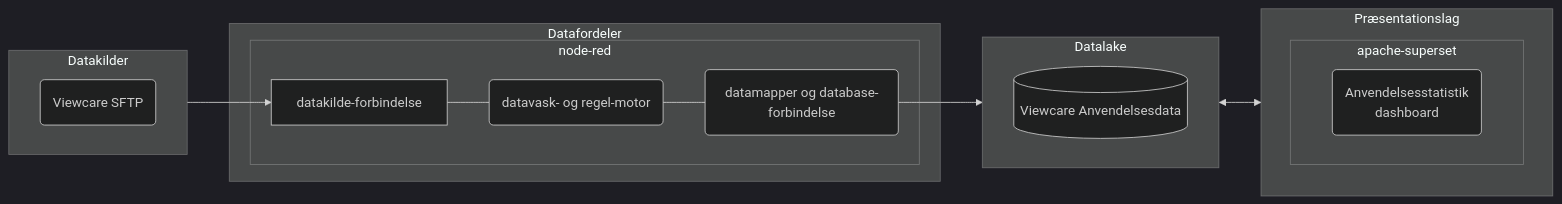
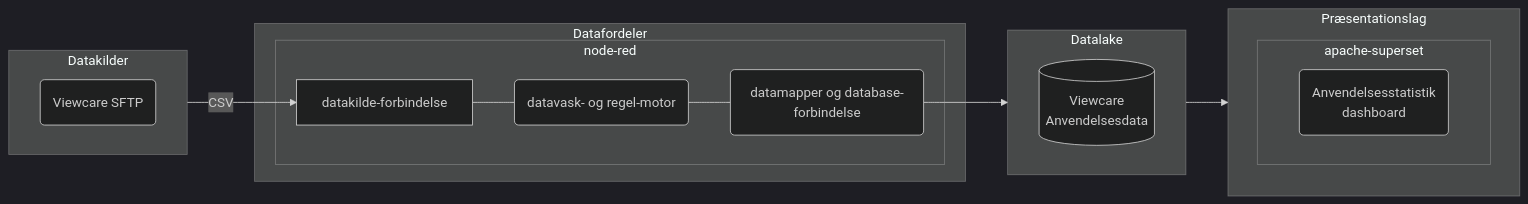
Before and after one commit to Randers-Kommune-Digitalisering/vis-statistik-virtuel-hjemmesygepleje: the diagram in README.md, drawn with Mermaid (dark theme).

````diff
--- a/README.md
+++ b/README.md
@@ -3,33 +3,33 @@
 ```mermaid
 
 flowchart LR
 
 subgraph Datakilder
         direction LR
         VCSFTP(Viewcare SFTP)
  end
 
 subgraph Datafordeler
         subgraph node-red
                 datakilde-forbindelse---
                 RM(datavask- og regel-motor)---
                 DM(datamapper og database-forbindelse)
         end
 end
 
 subgraph Datalake
 direction LR
-DB1[(Viewcare Anvendelsesdata)]
+DB1[(Viewcare \n Anvendelsesdata)]
 end
 
 
 subgraph Præsentationslag
         subgraph apache-superset
         dash(Anvendelsesstatistik \n dashboard)
         end
 end
 
-Datakilder-->datakilde-forbindelse 
-DM-->Datalake<-->Præsentationslag
+Datakilder--CSV-->datakilde-forbindelse 
+DM-->Datalake-->Præsentationslag
     
 ```
````
